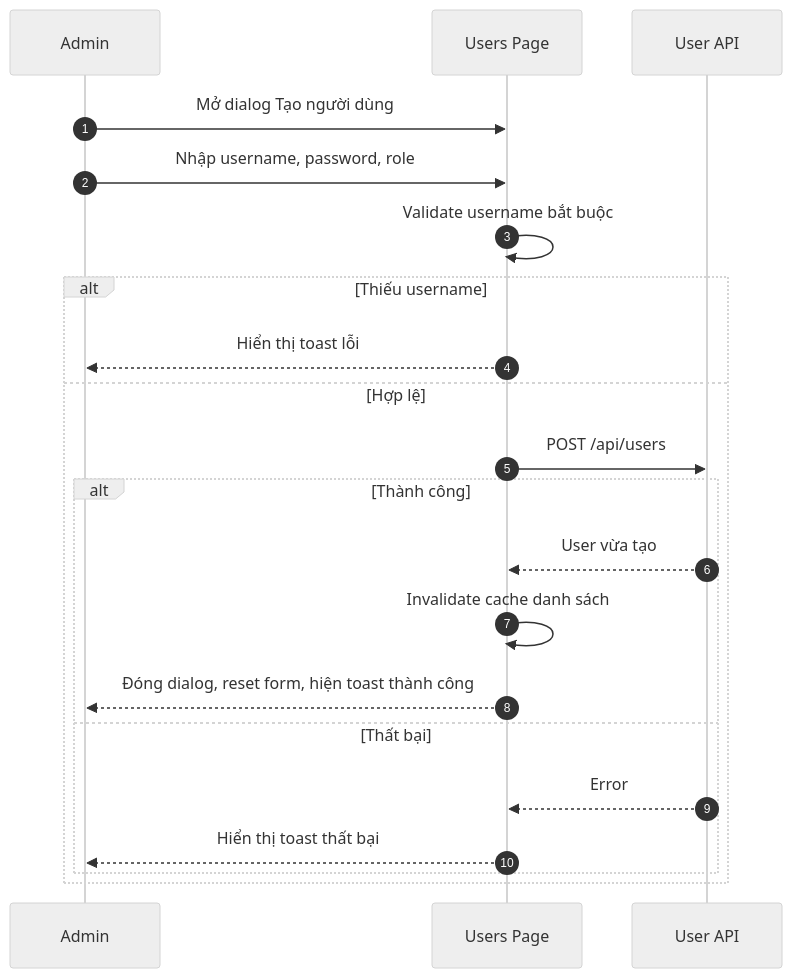
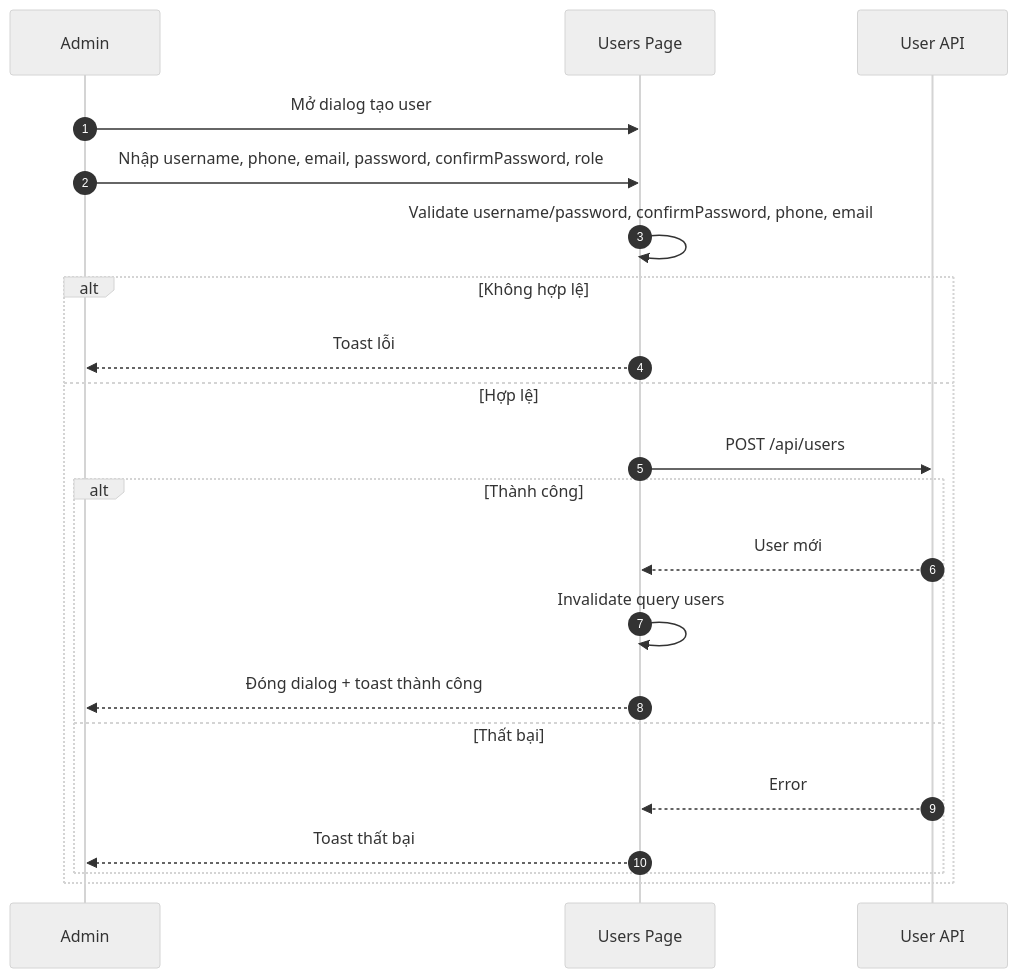
Before and after one commit to sangnp-s-organiztion/food-market-narrator: diagram 13 of 24 in docs/sequence/flow-admin.md, drawn with Mermaid (neutral theme). The commit also changed other lines of this file and 3 other files, not shown here.

Commit message:
cập nhật flow-admin

````diff
--- a/docs/sequence/flow-admin.md
+++ b/docs/sequence/flow-admin.md
@@ -289,24 +262,24 @@
 ```mermaid
 sequenceDiagram
     autonumber
     participant U as Admin
     participant FE as Users Page
     participant USER as User API
 
-    U->>FE: Mở dialog Tạo người dùng
-    U->>FE: Nhập username, password, role
-    FE->>FE: Validate username bắt buộc
-    alt Thiếu username
-        FE-->>U: Hiển thị toast lỗi
+    U->>FE: Mở dialog tạo user
+    U->>FE: Nhập username, phone, email, password, confirmPassword, role
+    FE->>FE: Validate username/password, confirmPassword, phone, email
+    alt Không hợp lệ
+        FE-->>U: Toast lỗi
     else Hợp lệ
         FE->>USER: POST /api/users
         alt Thành công
-            USER-->>FE: User vừa tạo
-            FE->>FE: Invalidate cache danh sách
-            FE-->>U: Đóng dialog, reset form, hiện toast thành công
+            USER-->>FE: User mới
+            FE->>FE: Invalidate query users
+            FE-->>U: Đóng dialog + toast thành công
         else Thất bại
             USER-->>FE: Error
-            FE-->>U: Hiển thị toast thất bại
+            FE-->>U: Toast thất bại
         end
     end
 ```
````
